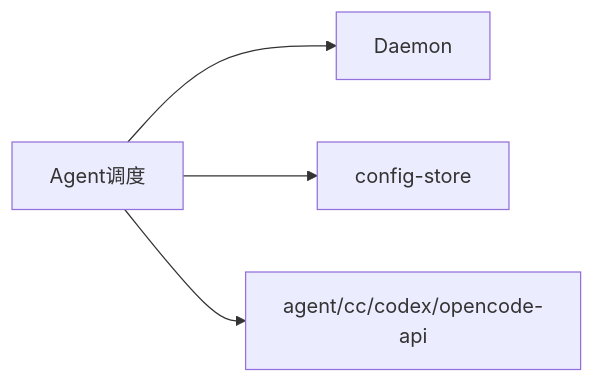
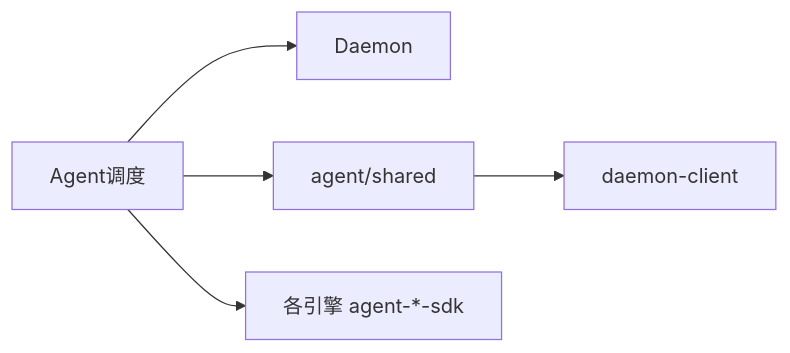
The third of 3 diagrams in knowledge/业务域/Agent调度/01-概览.md (suveng/cursor-claw), drawn with Mermaid before and after one commit. The commit also changed other lines of this file and 61 other files, not shown here.

````diff
--- a/knowledge/业务域/Agent调度/01-概览.md
+++ b/knowledge/业务域/Agent调度/01-概览.md
@@ -57,6 +55,7 @@
 ```mermaid
 flowchart LR
   AD[Agent调度] --> DM[Daemon]
-  AD --> CS[config-store]
-  AD --> APIs[agent/cc/codex/opencode-api]
+  AD --> SH[agent/shared]
+  SH --> DC[daemon-client]
+  AD --> APIs[各引擎 agent-*-sdk]
 ```
````
